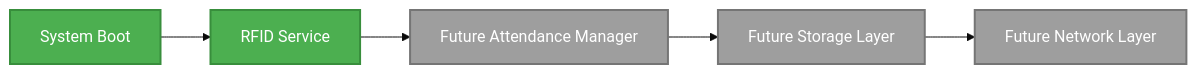
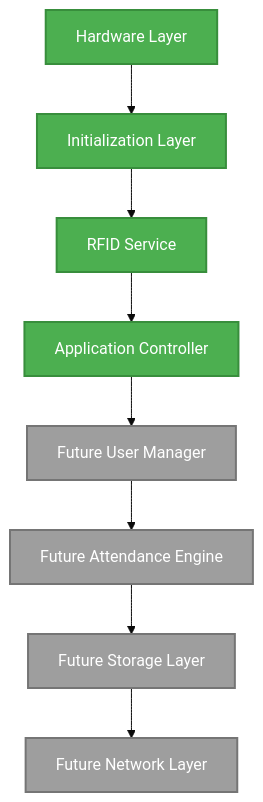
The diagram in README.md (Ayaan1911/ESP32-RFID-Attendance-System), drawn with Mermaid (base theme) before and after one commit. The commit also changed other lines of this file and 3 other files, not shown here.

Commit message:
Implement application controller architecture

````diff
--- a/README.md
+++ b/README.md
@@ -47,13 +48,19 @@
 ```mermaid
-graph LR
-    A[System Boot] --> B[RFID Service]
-    B --> C[Future Attendance Manager]
-    C --> D[Future Storage Layer]
-    D --> E[Future Network Layer]
+graph TD
+    A[Hardware Layer] --> B[Initialization Layer]
+    B --> C[RFID Service]
+    C --> D[Application Controller]
+    D --> E[Future User Manager]
+    E --> F[Future Attendance Engine]
+    F --> G[Future Storage Layer]
+    G --> H[Future Network Layer]
 
     style A fill:#4CAF50,stroke:#388E3C,stroke-width:2px,color:#fff
     style B fill:#4CAF50,stroke:#388E3C,stroke-width:2px,color:#fff
-    style C fill:#9E9E9E,stroke:#757575,stroke-width:2px,color:#fff
-    style D fill:#9E9E9E,stroke:#757575,stroke-width:2px,color:#fff
+    style C fill:#4CAF50,stroke:#388E3C,stroke-width:2px,color:#fff
+    style D fill:#4CAF50,stroke:#388E3C,stroke-width:2px,color:#fff
     style E fill:#9E9E9E,stroke:#757575,stroke-width:2px,color:#fff
+    style F fill:#9E9E9E,stroke:#757575,stroke-width:2px,color:#fff
+    style G fill:#9E9E9E,stroke:#757575,stroke-width:2px,color:#fff
+    style H fill:#9E9E9E,stroke:#757575,stroke-width:2px,color:#fff
 ```
````
